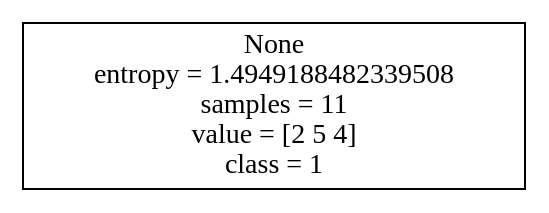
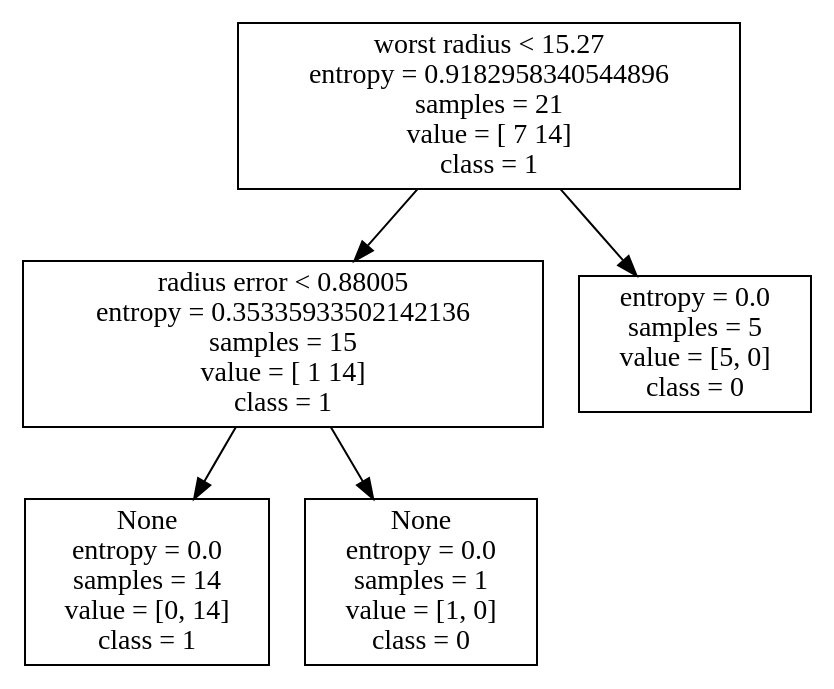
The diagram in result/my log file/_result1.dot (gomljo/DecisionTreeForPaper), drawn with Graphviz before and after one commit. The commit also changed 38 other files, not shown here.

Commit message:
change empty node to None

```diff
--- a/result/my log file/_result1.dot
+++ b/result/my log file/_result1.dot
@@ -1,3 +1,15 @@
 digraph Tree {
-node [shape=box] ;0[label="None\nentropy = 1.4949188482339508\nsamples = 11\nvalue = [2 5 4]\nclass = 1"] ;
+node [shape=box] ;0[label="worst radius < 15.27\nentropy = 0.9182958340544896\nsamples = 21\nvalue = [ 7 14]\nclass = 1"] ;
+1[label="radius error < 0.88005\nentropy = 0.35335933502142136\nsamples = 15\nvalue = [ 1 14]\nclass = 1"] ;
+0 -> 1 ;
+
+2[label="None\nentropy = 0.0\nsamples = 14\nvalue = [0, 14]\nclass = 1"] ;
+1 -> 2 ;
+
+3[label="None\nentropy = 0.0\nsamples = 1\nvalue = [1, 0]\nclass = 0"] ;
+1 -> 3 ;
+
+4[label="entropy = 0.0\nsamples = 5\nvalue = [5, 0]\nclass = 0"] ;
+0 -> 4 ;
+
 }
```
